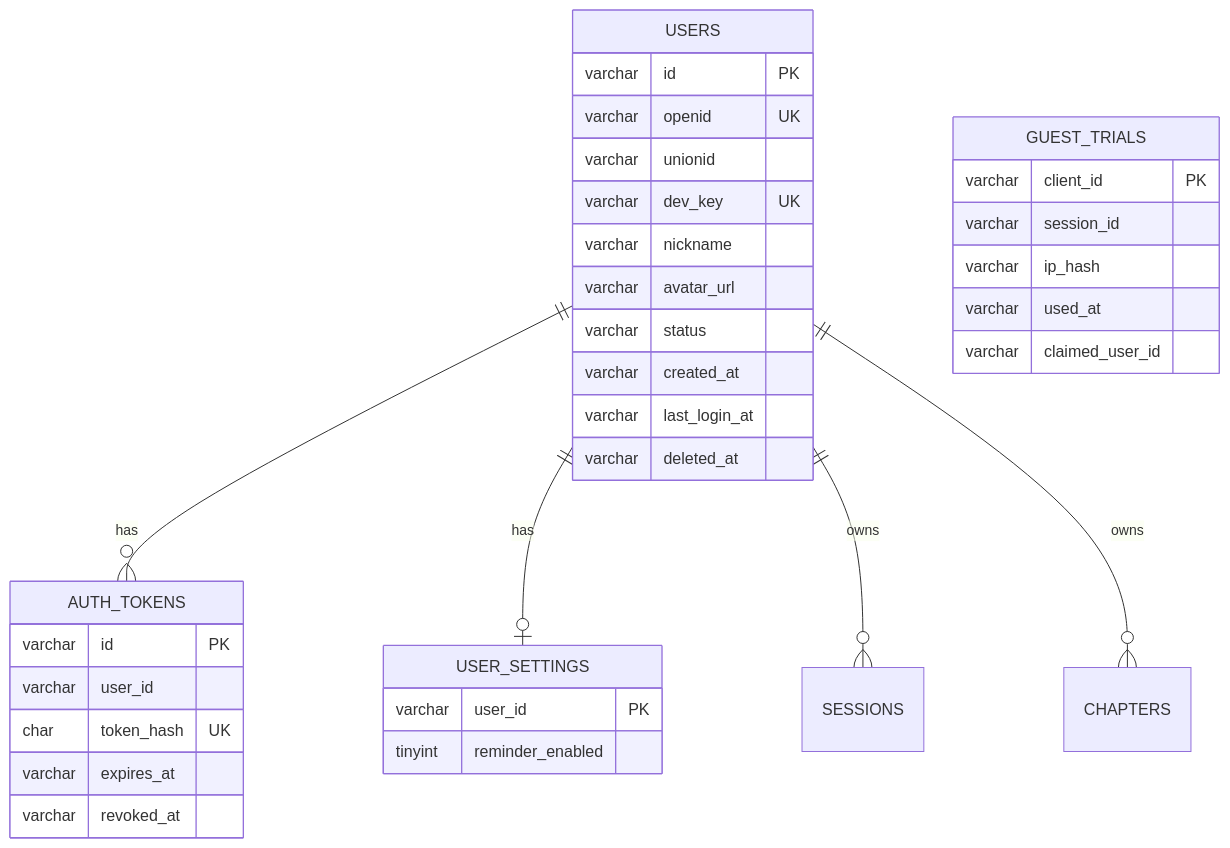
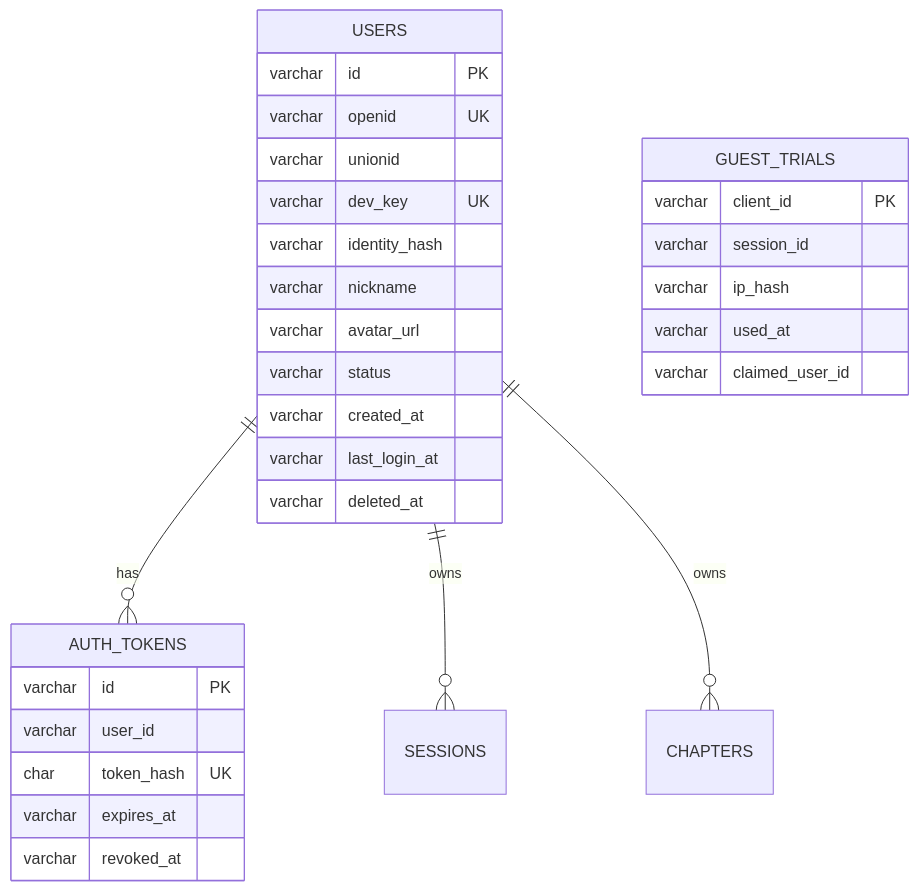
Before and after one commit to Light-ux-source/moling-quest: the second of 2 diagrams in docs/10-数据模型与迁移.md, drawn with Mermaid. The commit also changed other lines of this file and 87 other files, not shown here.

````diff
--- a/docs/10-数据模型与迁移.md
+++ b/docs/10-数据模型与迁移.md
@@ -334,38 +334,34 @@
 ```mermaid
 erDiagram
   USERS ||--o{ AUTH_TOKENS : has
-  USERS ||--o| USER_SETTINGS : has
   USERS ||--o{ SESSIONS : owns
   USERS ||--o{ CHAPTERS : owns
 
   USERS {
     varchar id PK
     varchar openid UK
     varchar unionid
     varchar dev_key UK
+    varchar identity_hash
     varchar nickname
     varchar avatar_url
     varchar status
     varchar created_at
     varchar last_login_at
     varchar deleted_at
   }
   AUTH_TOKENS {
     varchar id PK
     varchar user_id
     char token_hash UK
     varchar expires_at
     varchar revoked_at
   }
-  USER_SETTINGS {
-    varchar user_id PK
-    tinyint reminder_enabled
-  }
   GUEST_TRIALS {
     varchar client_id PK
     varchar session_id
     varchar ip_hash
     varchar used_at
     varchar claimed_user_id
   }
 ```
````
